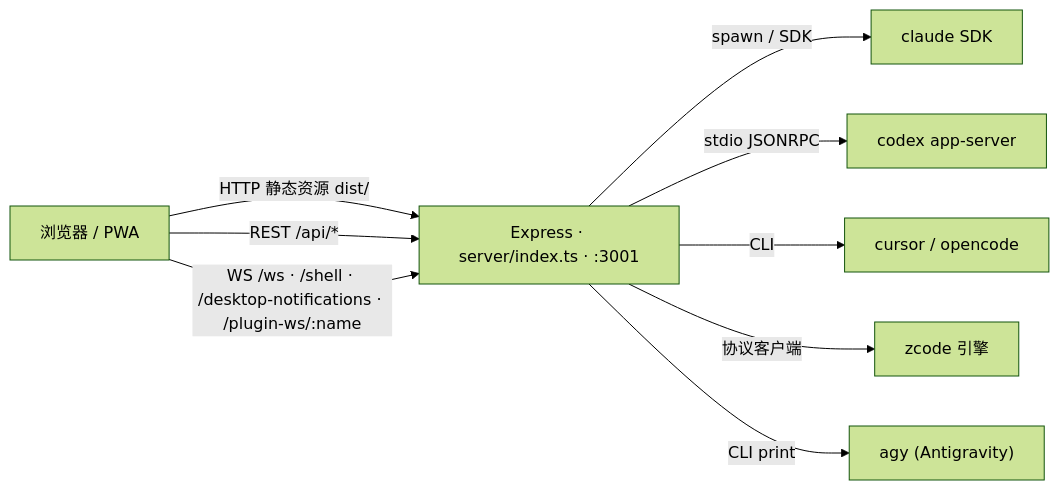
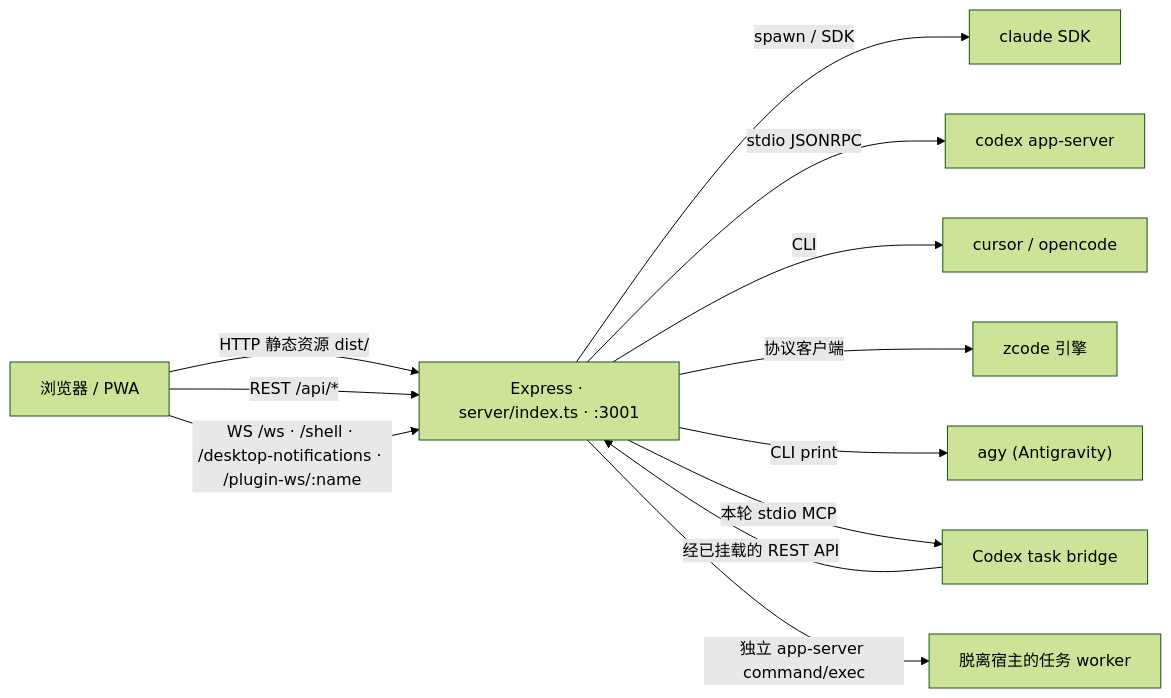
One commit to flufy3d/cloudcli changed the diagram in docs/core/overview.md. Above: the diagram before and after it, drawn with Mermaid (forest theme). The commit also changed other lines of this file and 60 other files, not shown here.

````diff
--- a/docs/core/overview.md
+++ b/docs/core/overview.md
@@ -15,12 +15,15 @@
 ```mermaid
 flowchart LR
   B["浏览器 / PWA"] -->|HTTP 静态资源 dist/| S
   B -->|REST /api/*| S
   B -->|WS /ws · /shell · /desktop-notifications · /plugin-ws/:name| S
   S["Express · server/index.ts · :3001"]
   S -->|"spawn / SDK"| E1["claude SDK"]
   S -->|stdio JSONRPC| E2["codex app-server"]
   S -->|CLI| E3["cursor / opencode"]
   S -->|协议客户端| E4["zcode 引擎"]
   S -->|CLI print| E5["agy (Antigravity)"]
+  S -->|本轮 stdio MCP| M["Codex task bridge"]
+  M -->|经已挂载的 REST API| S
+  S -->|独立 app-server command/exec| W["脱离宿主的任务 worker"]
 ```
````
